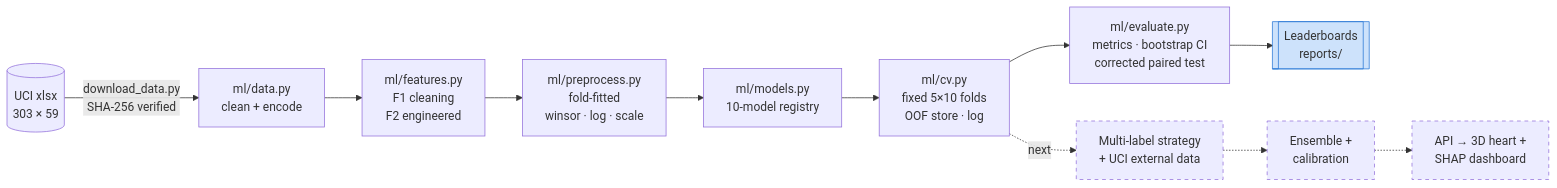
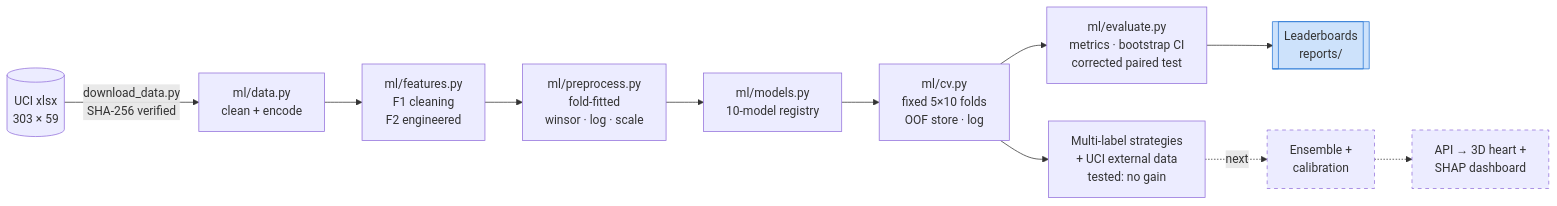
One commit to ashishmokalkar/Multimodal-AI-Hackathon-Devpost changed the diagram in README.md. Above: the diagram before and after it, drawn with Mermaid. The commit also changed other lines of this file and 20 other files, not shown here.

First line of the commit message:
Add UCI Heart Disease external-data experiments (plan phase 5)

````diff
--- a/README.md
+++ b/README.md
@@ -114,18 +114,17 @@
 ```mermaid
 flowchart LR
     A[(UCI xlsx<br/>303 × 59)] -->|download_data.py<br/>SHA-256 verified| B[ml/data.py<br/>clean + encode]
     B --> C[ml/features.py<br/>F1 cleaning<br/>F2 engineered]
     C --> D[ml/preprocess.py<br/>fold-fitted<br/>winsor · log · scale]
     D --> E[ml/models.py<br/>10-model registry]
     E --> F[ml/cv.py<br/>fixed 5×10 folds<br/>OOF store · log]
     F --> G[ml/evaluate.py<br/>metrics · bootstrap CI<br/>corrected paired test]
     G --> H[[Leaderboards<br/>reports/]]
-    F -.->|next| I[Multi-label strategy<br/>+ UCI external data]
-    I -.-> J[Ensemble +<br/>calibration]
+    F --> I[Multi-label strategies<br/>+ UCI external data<br/>tested: no gain]
+    I -.->|next| J[Ensemble +<br/>calibration]
     J -.-> K[API → 3D heart +<br/>SHAP dashboard]
 
     style H fill:#cde2fb,stroke:#2a78d6
-    style I stroke-dasharray: 5 5
     style J stroke-dasharray: 5 5
     style K stroke-dasharray: 5 5
 ```
````
